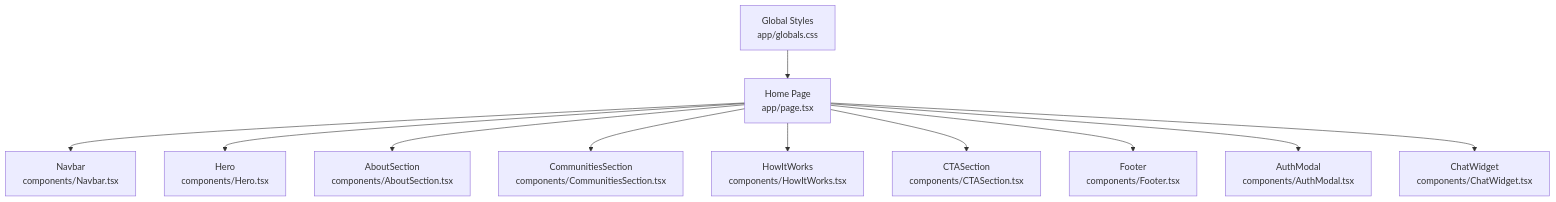
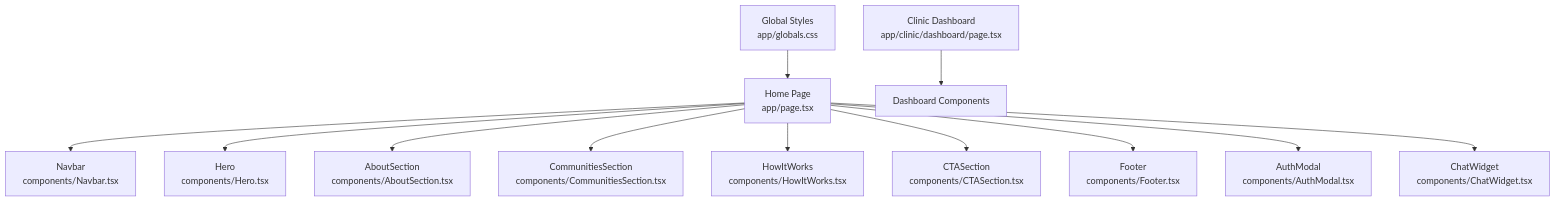
One commit to Javeria-Javaid/ai-powered-pet-healthcare-ecosystem changed the first of 3 diagrams in .qoder/repowiki/en/content/UI Components/UI Components.md. Above: the diagram before and after it, drawn with Mermaid. The commit also changed other lines of this file and 48 other files, not shown here.

````diff
--- a/.qoder/repowiki/en/content/UI Components/UI Components.md
+++ b/.qoder/repowiki/en/content/UI Components/UI Components.md
@@ -44,13 +46,14 @@
 ```mermaid
 graph TB
 A["Home Page<br/>app/page.tsx"] --> B["Navbar<br/>components/Navbar.tsx"]
 A --> C["Hero<br/>components/Hero.tsx"]
 A --> D["AboutSection<br/>components/AboutSection.tsx"]
 A --> E["CommunitiesSection<br/>components/CommunitiesSection.tsx"]
 A --> F["HowItWorks<br/>components/HowItWorks.tsx"]
 A --> G["CTASection<br/>components/CTASection.tsx"]
 A --> H["Footer<br/>components/Footer.tsx"]
 A --> I["AuthModal<br/>components/AuthModal.tsx"]
 A --> J["ChatWidget<br/>components/ChatWidget.tsx"]
-K["Global Styles<br/>app/globals.css"] --> A
+K["Clinic Dashboard<br/>app/clinic/dashboard/page.tsx"] --> L["Dashboard Components"]
+M["Global Styles<br/>app/globals.css"] --> A
 ```
````
